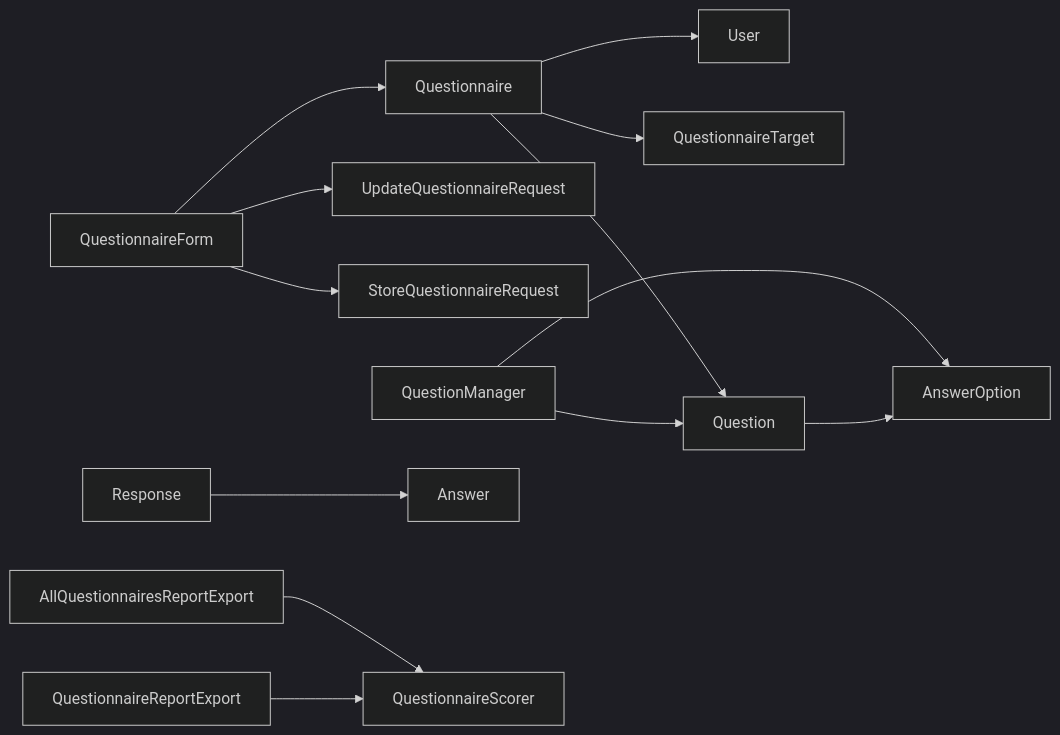
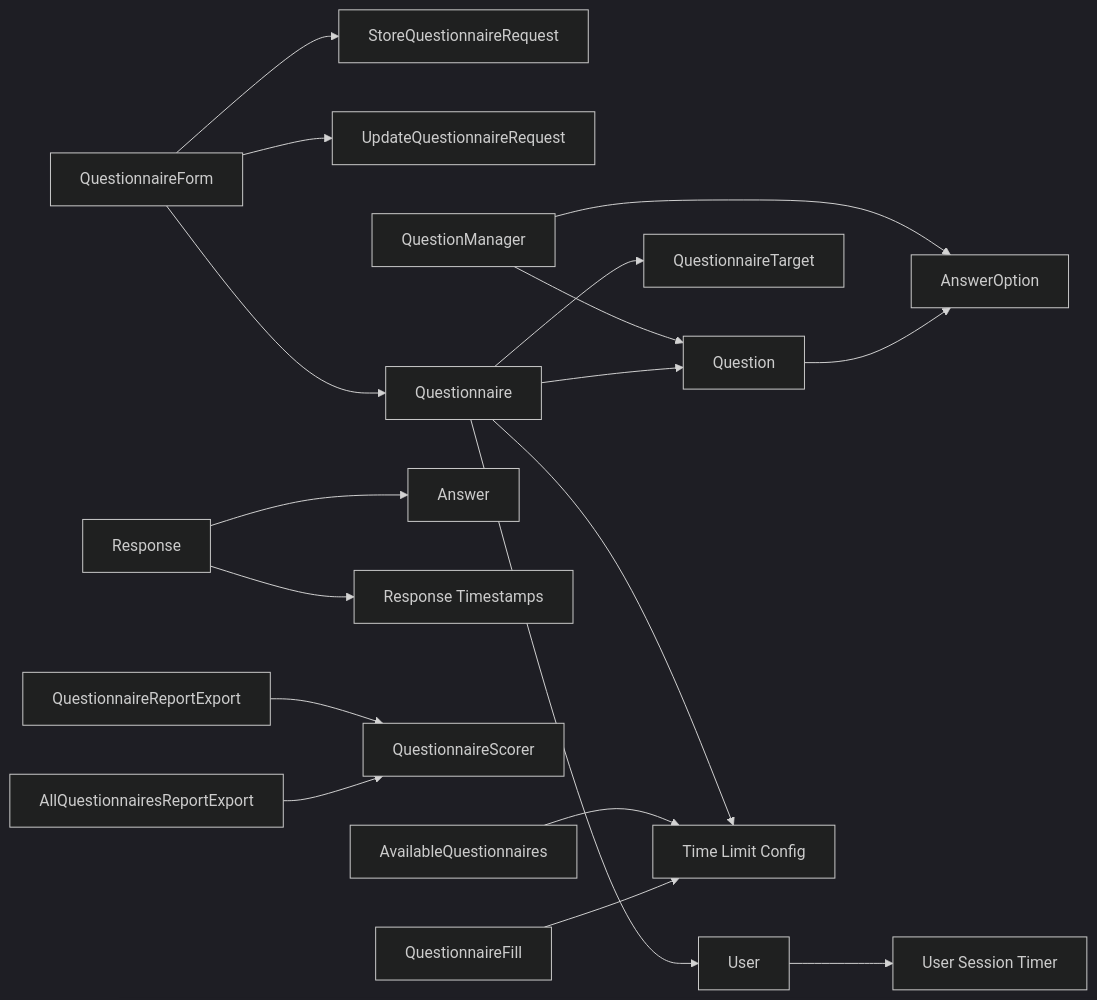
One commit to rudicatsmile/assesment360 changed the eighth of 8 diagrams in .qoder/repowiki/en/content/Core Features/Questionnaire Management/Questionnaire Management.md. Above: the diagram before and after it, drawn with Mermaid (dark theme). The commit also changed other lines of this file and 6 other files, not shown here.

````diff
--- a/.qoder/repowiki/en/content/Core Features/Questionnaire Management/Questionnaire Management.md
+++ b/.qoder/repowiki/en/content/Core Features/Questionnaire Management/Questionnaire Management.md
@@ -397,15 +549,20 @@
 ```mermaid
 graph LR
 QF["QuestionnaireForm"] --> SR["StoreQuestionnaireRequest"]
 QF --> UR["UpdateQuestionnaireRequest"]
 QF --> Q["Questionnaire"]
 QM["QuestionManager"] --> Qs["Question"]
 QM --> AO["AnswerOption"]
 Q --> Qs
 Q --> QT["QuestionnaireTarget"]
 Q --> U["User"]
+Q --> TL["Time Limit Config"]
 Qs --> AO
 R["Response"] --> A["Answer"]
+R --> RT["Response Timestamps"]
+U --> US["User Session Timer"]
 QE["QuestionnaireReportExport"] --> SC["QuestionnaireScorer"]
 AE["AllQuestionnairesReportExport"] --> SC
+AQ["AvailableQuestionnaires"] --> TL
+QFill["QuestionnaireFill"] --> TL
 ```
````
